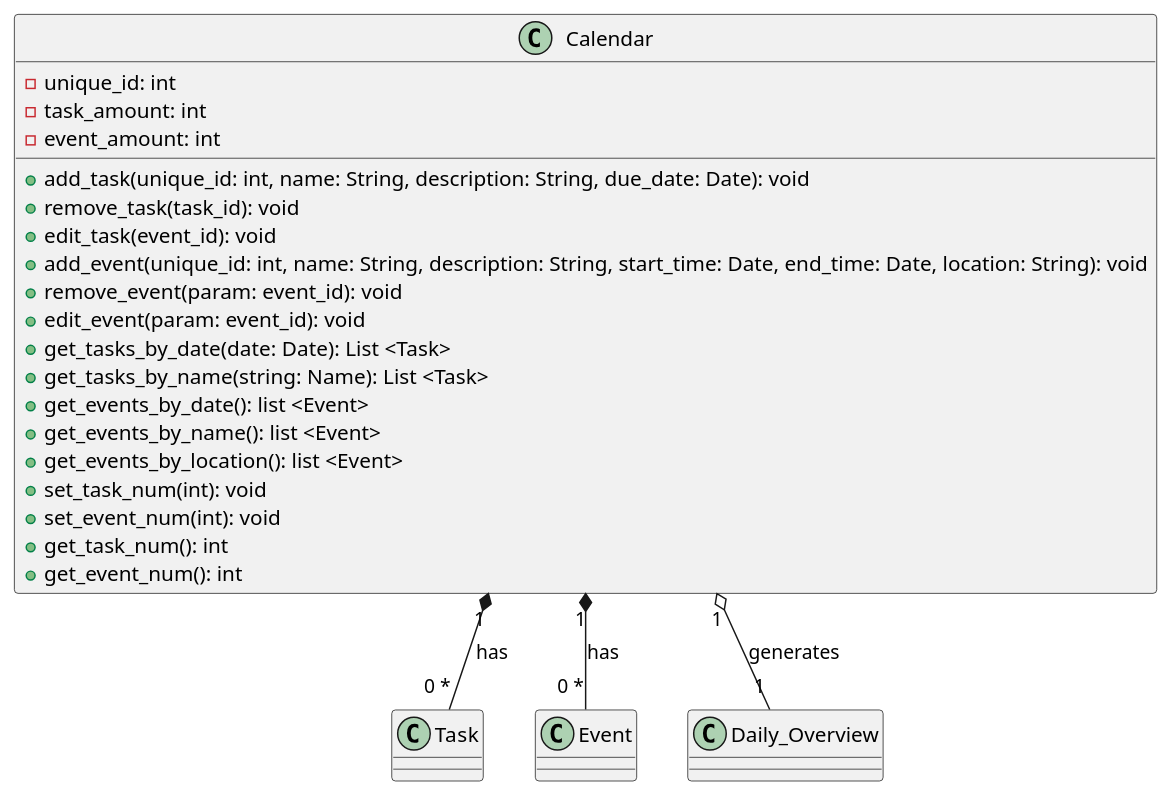
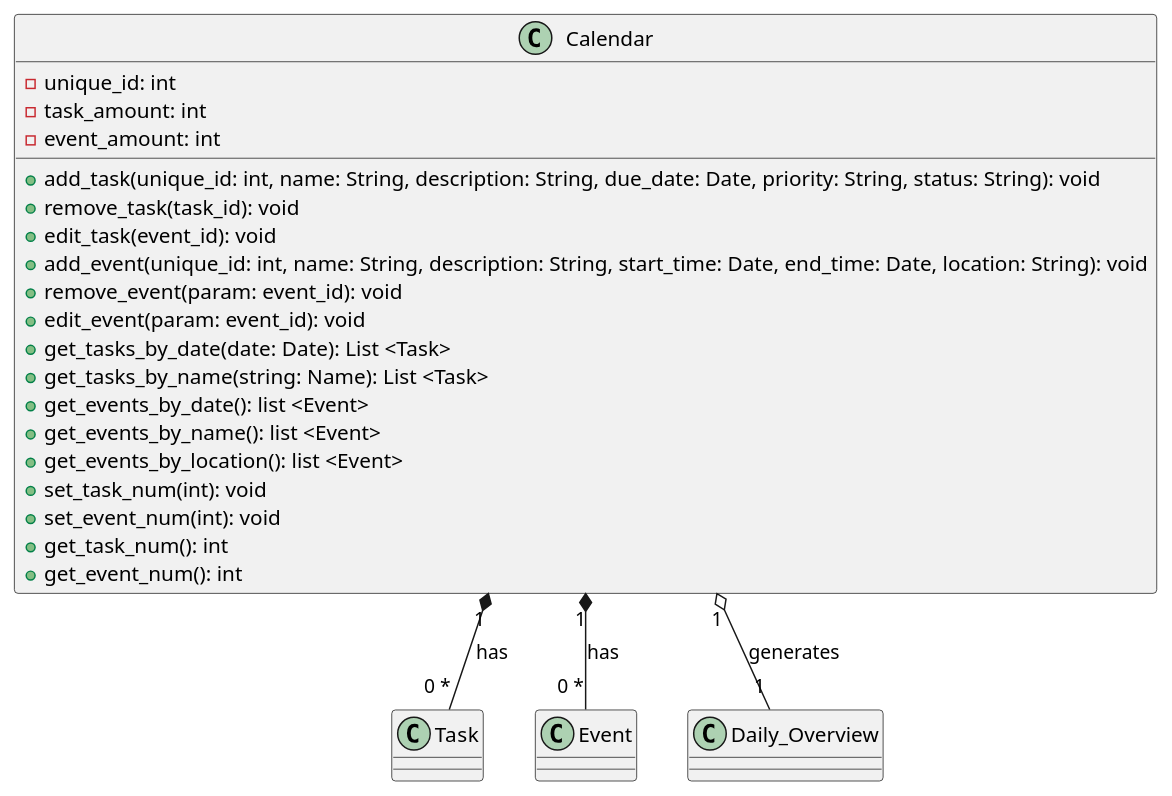
Before and after one commit to CS361-2024Fall-Term/Innovators: the diagram in assignment6/calendar.puml, drawn with PlantUML. The commit also changed 1 other file, not shown here.

Commit message:
Updated task and calendar uml documents

```diff
--- a/assignment6/calendar.puml
+++ b/assignment6/calendar.puml
@@ -1,37 +1,37 @@
 @startuml
 
 class Calendar {
   -unique_id: int  
   -task_amount: int
   -event_amount: int
-  +add_task(unique_id: int, name: String, description: String, due_date: Date): void
+  +add_task(unique_id: int, name: String, description: String, due_date: Date, priority: String, status: String): void
   +remove_task(task_id): void
   +edit_task(event_id): void
   +add_event(unique_id: int, name: String, description: String, start_time: Date, end_time: Date, location: String): void
   +remove_event(param: event_id): void
   +edit_event(param: event_id): void
   +get_tasks_by_date(date: Date): List <Task>
   +get_tasks_by_name(string: Name): List <Task>
   +get_events_by_date(): list <Event>
   +get_events_by_name(): list <Event>
   +get_events_by_location(): list <Event>
   +set_task_num(int): void
   +set_event_num(int): void
   +get_task_num(): int
   +get_event_num(): int
 }
 
 class Task {
 }
 
 class Event {
 }
 
 class Daily_Overview {
 }
 
 Calendar "1" *-- "0 *" Task : "has"
 Calendar "1" *-- "0 *" Event : "has"
 Calendar "1" o-- "1" Daily_Overview : "generates"
 
 @enduml
```
